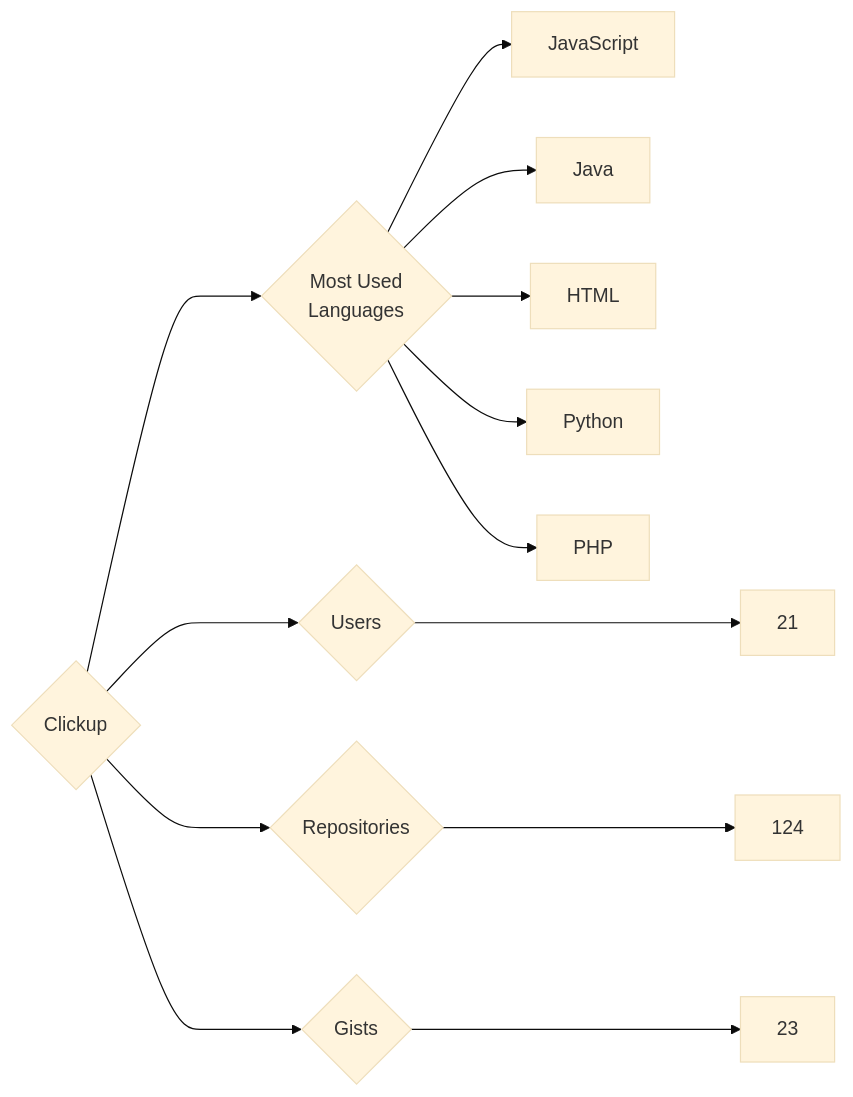
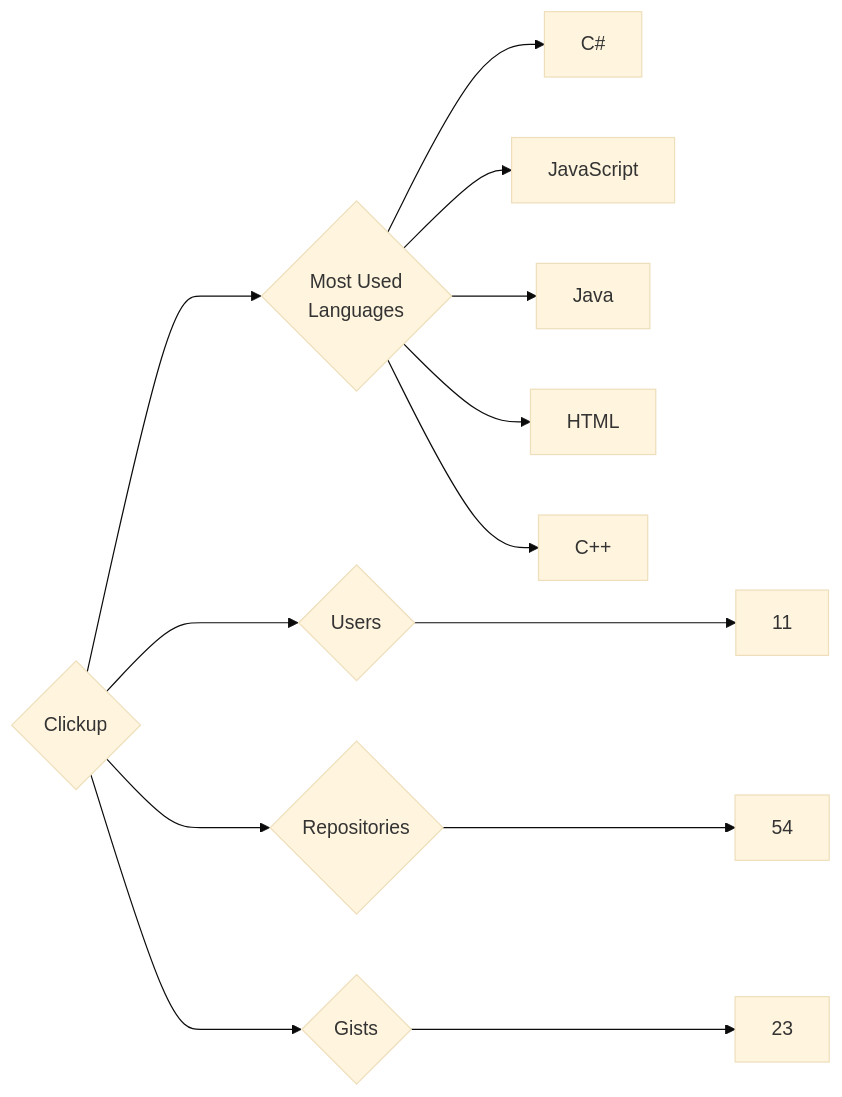
Before and after one commit to trickest/insiders: the diagram in targets/Clickup/README.md, drawn with Mermaid (base theme). The commit also changed 837 other files, not shown here.

````diff
--- a/targets/Clickup/README.md
+++ b/targets/Clickup/README.md
@@ -3,13 +3,13 @@
 ```mermaid
 graph LR
 COMPANY_NAME{Clickup}
-COMPANY_NAME ---> U{Users} ---> UN[21]
-COMPANY_NAME ---> R{Repositories} ---> RN[124]
+COMPANY_NAME ---> U{Users} ---> UN[11]
+COMPANY_NAME ---> R{Repositories} ---> RN[54]
 COMPANY_NAME ---> G{Gists} ---> GN[23]
 COMPANY_NAME ---> ML{Most Used<br>Languages}
+ML --> C#[C#]
 ML --> JavaScript[JavaScript]
 ML --> Java[Java]
 ML --> HTML[HTML]
-ML --> Python[Python]
-ML --> PHP[PHP]
+ML --> C++[C++]
 ```
````
